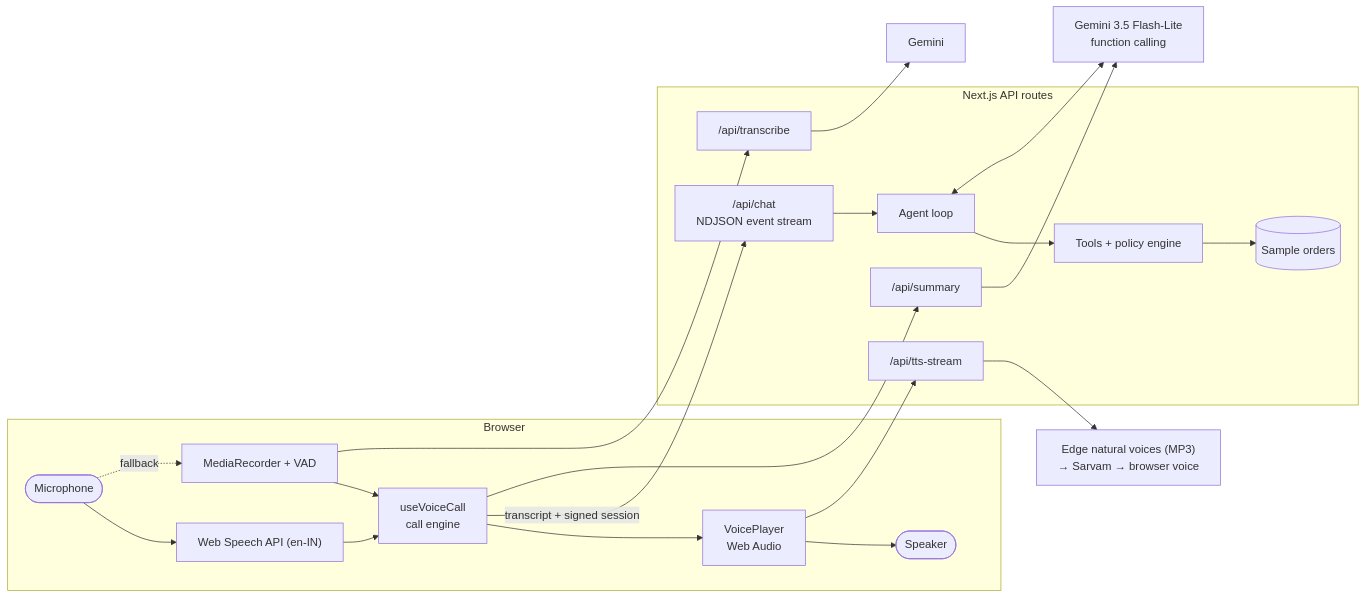
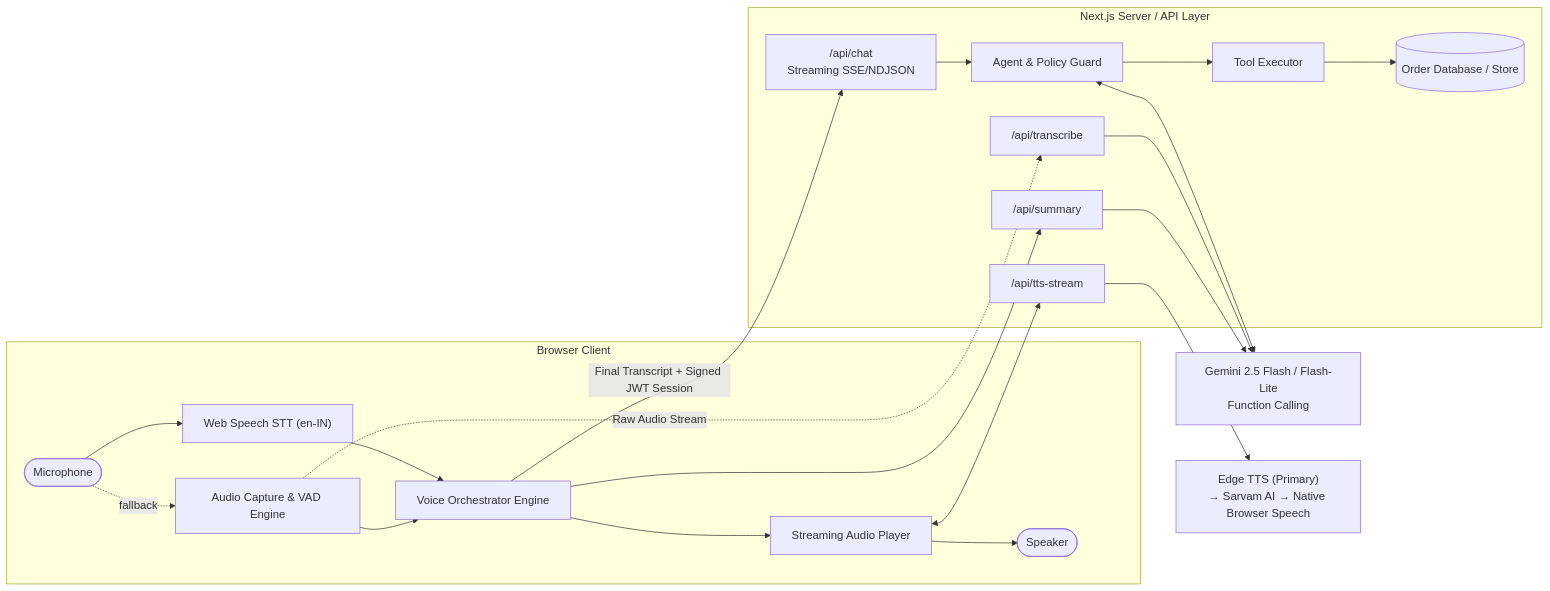
The first of 2 diagrams in README.md (Charmaine145/aura-skincare), drawn with Mermaid before and after one commit. The commit also changed other lines of this file, not shown here.

First line of the commit message:
Revise README with architecture and design insights

````diff
--- a/README.md
+++ b/README.md
@@ -93,24 +93,26 @@
 ```mermaid
 flowchart LR
-  subgraph Browser
-    MIC([Microphone]) --> STT["Web Speech API (en-IN)"]
-    MIC -. fallback .-> REC["MediaRecorder + VAD"]
-    STT --> ENGINE["useVoiceCall<br/>call engine"]
-    REC --> ENGINE
-    ENGINE --> PLAYER["VoicePlayer<br/>Web Audio"]
-    PLAYER --> SPK([Speaker])
+  subgraph Client ["Browser Client"]
+    MIC([Microphone]) --> STT["Web Speech STT (en-IN)"]
+    MIC -. fallback .-> VAD_REC["Audio Capture & VAD Engine"]
+    STT --> ORCHESTRATOR["Voice Orchestrator Engine"]
+    VAD_REC --> ORCHESTRATOR
+    ORCHESTRATOR --> AUDIO_PLAYER["Streaming Audio Player"]
+    AUDIO_PLAYER --> SPK([Speaker])
   end
-  subgraph Server["Next.js API routes"]
-    CHAT["/api/chat<br/>NDJSON event stream"] --> AGENT["Agent loop"]
-    AGENT --> TOOLS["Tools + policy engine"]
-    TOOLS --> DB[("Sample orders")]
-    SUMMARY["/api/summary"]
-    TTS["/api/tts-stream"]
-    TRANSCRIBE["/api/transcribe"]
+
+  subgraph Backend ["Next.js Server / API Layer"]
+    CHAT_ENDPOINT["/api/chat<br/>Streaming SSE/NDJSON"] --> POLICY_AGENT["Agent & Policy Guard"]
+    POLICY_AGENT --> TOOL_EXEC["Tool Executor"]
+    TOOL_EXEC --> DB[("Order Database / Store")]
+    STT_FALLBACK["/api/transcribe"]
+    TTS_SERVICE["/api/tts-stream"]
+    CALL_SUMMARY["/api/summary"]
   end
-  ENGINE -- "transcript + signed session" --> CHAT
-  AGENT <--> LLM["Gemini 3.5 Flash-Lite<br/>function calling"]
-  REC --> TRANSCRIBE --> GSTT["Gemini"]
-  PLAYER --> TTS --> VOICES["Edge natural voices (MP3)<br/>→ Sarvam → browser voice"]
-  ENGINE --> SUMMARY --> LLM
+
+  ORCHESTRATOR -- "Final Transcript + Signed JWT Session" --> CHAT_ENDPOINT
+  POLICY_AGENT <--> LLM["Gemini 2.5 Flash / Flash-Lite<br/>Function Calling"]
+  VAD_REC -. "Raw Audio Stream" .-> STT_FALLBACK --> LLM
+  AUDIO_PLAYER <--> TTS_SERVICE --> VOICE_PROVIDERS["Edge TTS (Primary)<br/>→ Sarvam AI → Native Browser Speech"]
+  ORCHESTRATOR --> CALL_SUMMARY --> LLM
 ```
````
